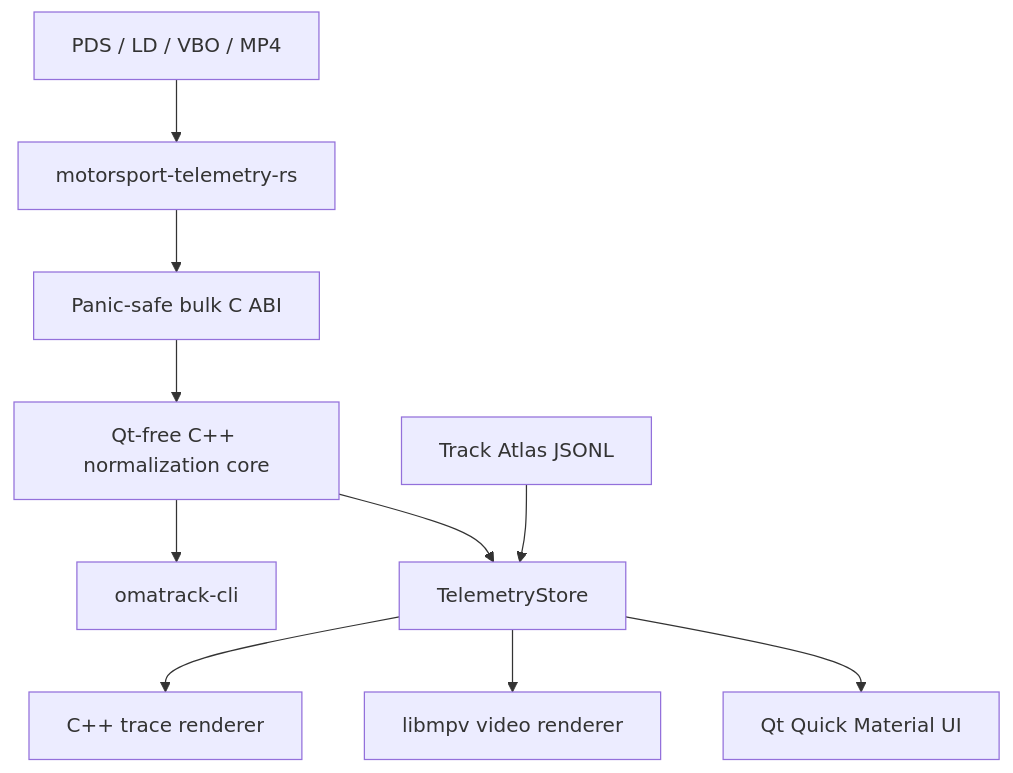
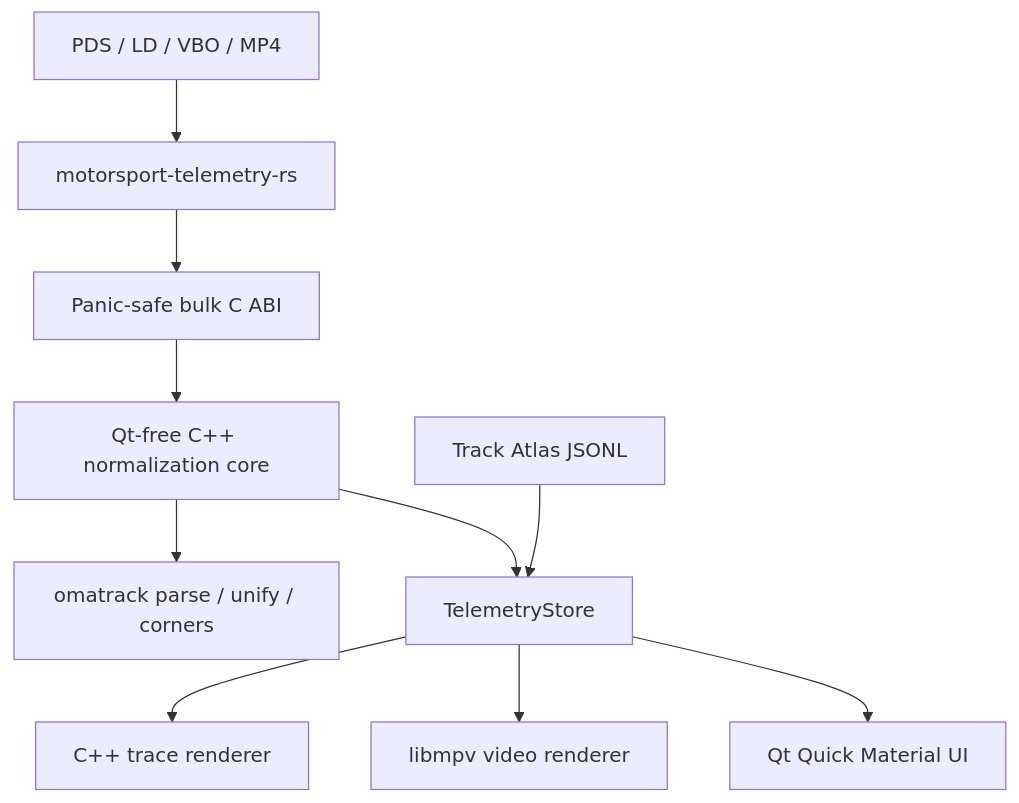
One commit to tobi/omatrack changed the diagram in README.md. Above: the diagram before and after it, drawn with Mermaid. The commit also changed other lines of this file and 15 other files, not shown here.

First line of the commit message:
headless: fold parse/unify/corners/compare into omatrack

````diff
--- a/README.md
+++ b/README.md
@@ -53,12 +53,12 @@
 ```mermaid
 flowchart TD
     F["PDS / LD / VBO / MP4"] --> R["motorsport-telemetry-rs"]
     R --> B["Panic-safe bulk C ABI"]
     B --> C["Qt-free C++ normalization core"]
-    C --> CLI["omatrack-cli"]
+    C --> CLI["omatrack parse / unify / corners"]
     C --> S["TelemetryStore"]
     A["Track Atlas JSONL"] --> S
     S --> T["C++ trace renderer"]
     S --> V["libmpv video renderer"]
     S --> Q["Qt Quick Material UI"]
 ```
````
